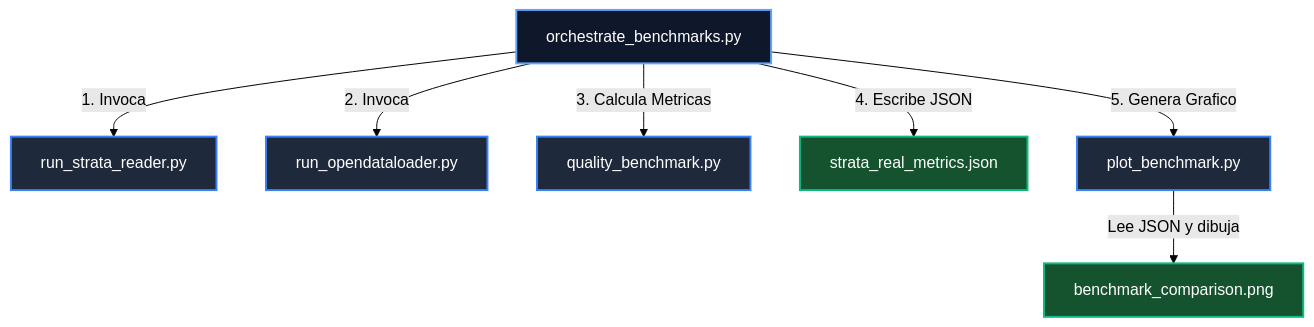
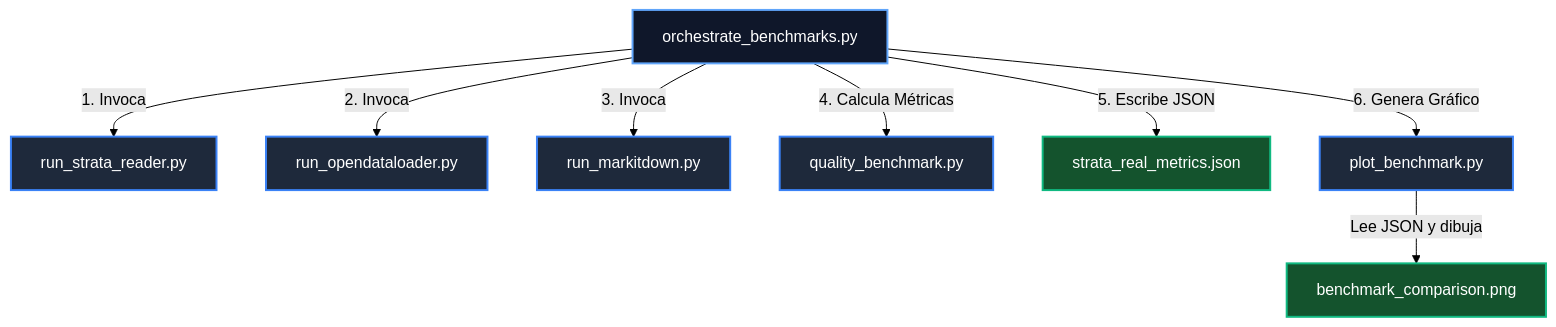
The first of 2 diagrams in README.md (AlexPrietoRomani/strata-reader), drawn with Mermaid (forest theme) before and after one commit. The commit also changed other lines of this file and 7 other files, not shown here.

First line of the commit message:
feat(benchmark): integra microsoft markitdown a la suite y orquestacion

````diff
--- a/README.md
+++ b/README.md
@@ -132,13 +145,14 @@
 ```mermaid
 graph TD
     classDef runner fill:#1e293b,stroke:#3b82f6,stroke-width:2px,color:#fff;
     classDef orquest fill:#0f172a,stroke:#60a5fa,stroke-width:2px,color:#fff;
     classDef result fill:#14532d,stroke:#10b981,stroke-width:2px,color:#fff;
 
     A[orchestrate_benchmarks.py]:::orquest -->|1. Invoca| B[run_strata_reader.py]:::runner
     A -->|2. Invoca| C[run_opendataloader.py]:::runner
-    A -->|3. Calcula Metricas| D[quality_benchmark.py]:::runner
-    A -->|4. Escribe JSON| E[strata_real_metrics.json]:::result
-    A -->|5. Genera Grafico| F[plot_benchmark.py]:::runner
+    A -->|3. Invoca| H[run_markitdown.py]:::runner
+    A -->|4. Calcula Métricas| D[quality_benchmark.py]:::runner
+    A -->|5. Escribe JSON| E[strata_real_metrics.json]:::result
+    A -->|6. Genera Gráfico| F[plot_benchmark.py]:::runner
     F -->|Lee JSON y dibuja| G[benchmark_comparison.png]:::result
 ```
````
